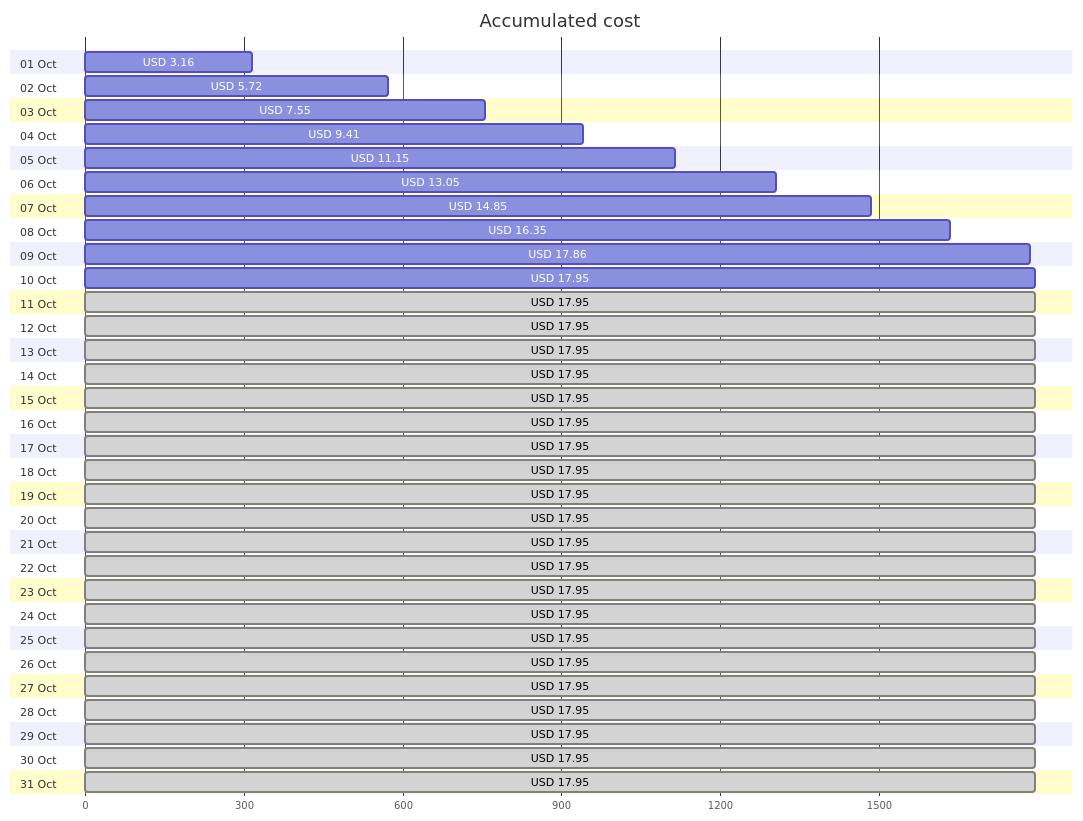
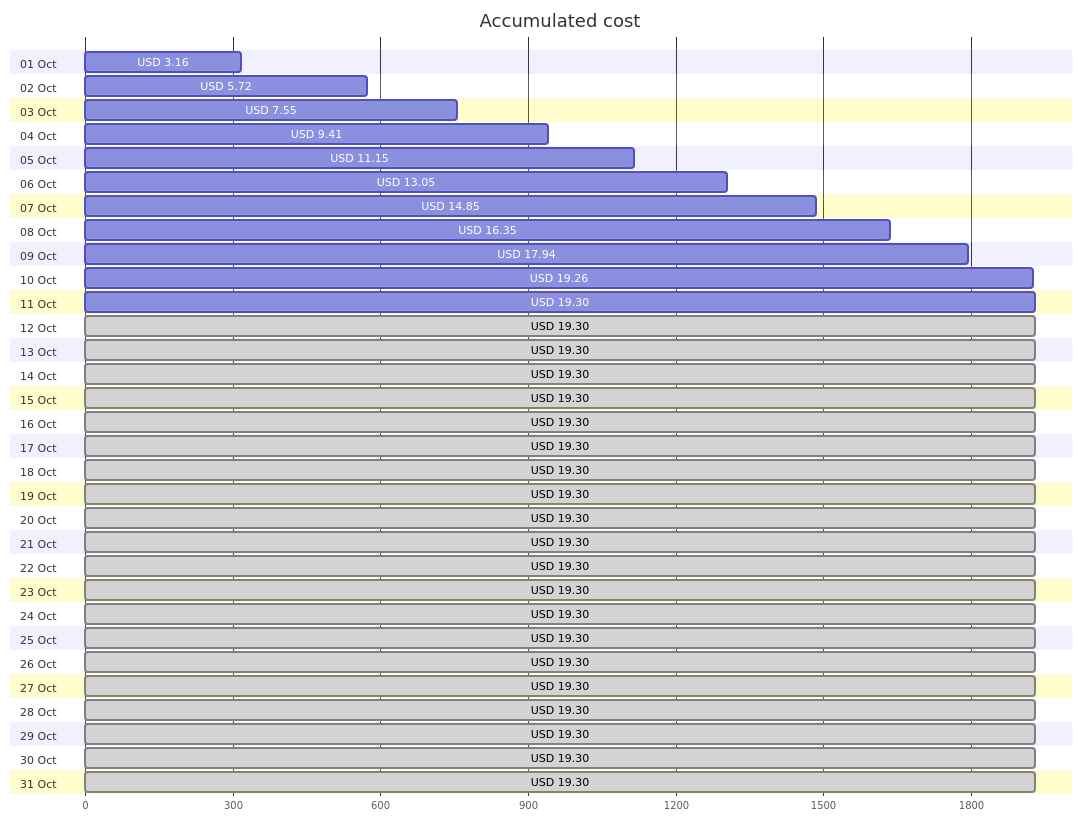
Before and after one commit to jpfulton/azure-personal-reports: the first of 4 diagrams in cost-reports/personal-network/README.md, drawn with Mermaid. The commit also changed other lines of this file and 8 other files, not shown here.

````diff
--- a/cost-reports/personal-network/README.md
+++ b/cost-reports/personal-network/README.md
@@ -20,68 +20,68 @@
 ```mermaid
 gantt
    title Accumulated cost
    dateFormat  X
    axisFormat %s
    section 01 Oct
    USD 3.16 :0, 316
    section 02 Oct
    USD 5.72 :0, 572
    section 03 Oct
    USD 7.55 :0, 755
    section 04 Oct
    USD 9.41 :0, 941
    section 05 Oct
    USD 11.15 :0, 1115
    section 06 Oct
    USD 13.05 :0, 1305
    section 07 Oct
    USD 14.85 :0, 1485
    section 08 Oct
    USD 16.35 :0, 1635
    section 09 Oct
-   USD 17.86 :0, 1786
+   USD 17.94 :0, 1794
    section 10 Oct
-   USD 17.95 :0, 1795
+   USD 19.26 :0, 1926
    section 11 Oct
-   USD 17.95 : done, 0, 1795
+   USD 19.30 :0, 1930
    section 12 Oct
-   USD 17.95 : done, 0, 1795
+   USD 19.30 : done, 0, 1930
    section 13 Oct
-   USD 17.95 : done, 0, 1795
+   USD 19.30 : done, 0, 1930
    section 14 Oct
-   USD 17.95 : done, 0, 1795
+   USD 19.30 : done, 0, 1930
    section 15 Oct
-   USD 17.95 : done, 0, 1795
+   USD 19.30 : done, 0, 1930
    section 16 Oct
-   USD 17.95 : done, 0, 1795
+   USD 19.30 : done, 0, 1930
    section 17 Oct
-   USD 17.95 : done, 0, 1795
+   USD 19.30 : done, 0, 1930
    section 18 Oct
-   USD 17.95 : done, 0, 1795
+   USD 19.30 : done, 0, 1930
    section 19 Oct
-   USD 17.95 : done, 0, 1795
+   USD 19.30 : done, 0, 1930
    section 20 Oct
-   USD 17.95 : done, 0, 1795
+   USD 19.30 : done, 0, 1930
    section 21 Oct
-   USD 17.95 : done, 0, 1795
+   USD 19.30 : done, 0, 1930
    section 22 Oct
-   USD 17.95 : done, 0, 1795
+   USD 19.30 : done, 0, 1930
    section 23 Oct
-   USD 17.95 : done, 0, 1795
+   USD 19.30 : done, 0, 1930
    section 24 Oct
-   USD 17.95 : done, 0, 1795
+   USD 19.30 : done, 0, 1930
    section 25 Oct
-   USD 17.95 : done, 0, 1795
+   USD 19.30 : done, 0, 1930
    section 26 Oct
-   USD 17.95 : done, 0, 1795
+   USD 19.30 : done, 0, 1930
    section 27 Oct
-   USD 17.95 : done, 0, 1795
+   USD 19.30 : done, 0, 1930
    section 28 Oct
-   USD 17.95 : done, 0, 1795
+   USD 19.30 : done, 0, 1930
    section 29 Oct
-   USD 17.95 : done, 0, 1795
+   USD 19.30 : done, 0, 1930
    section 30 Oct
-   USD 17.95 : done, 0, 1795
+   USD 19.30 : done, 0, 1930
    section 31 Oct
-   USD 17.95 : done, 0, 1795
+   USD 19.30 : done, 0, 1930
 ```
````
